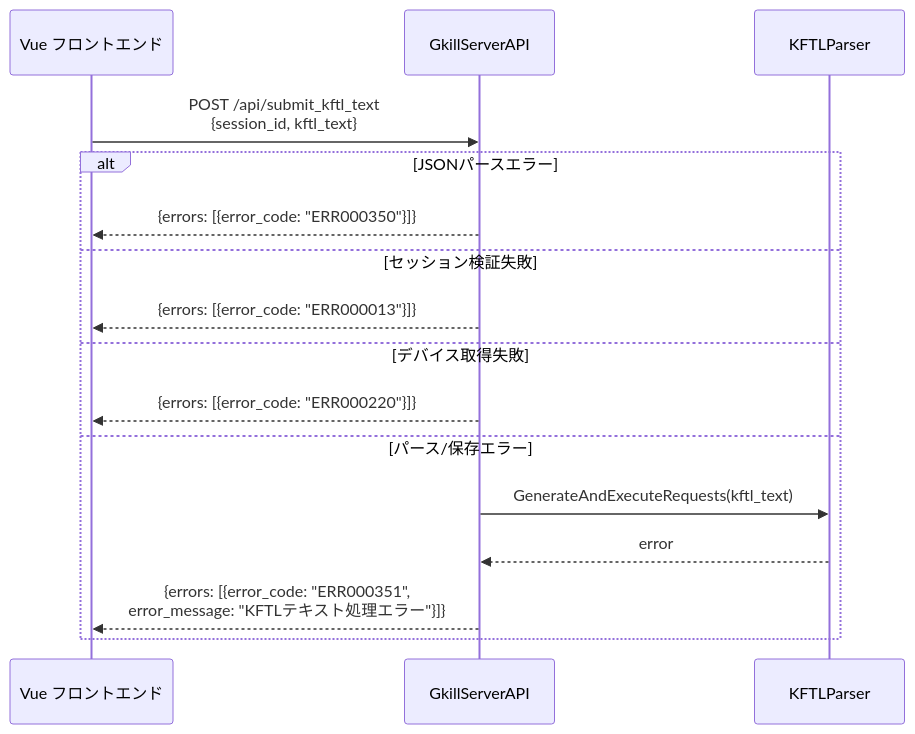
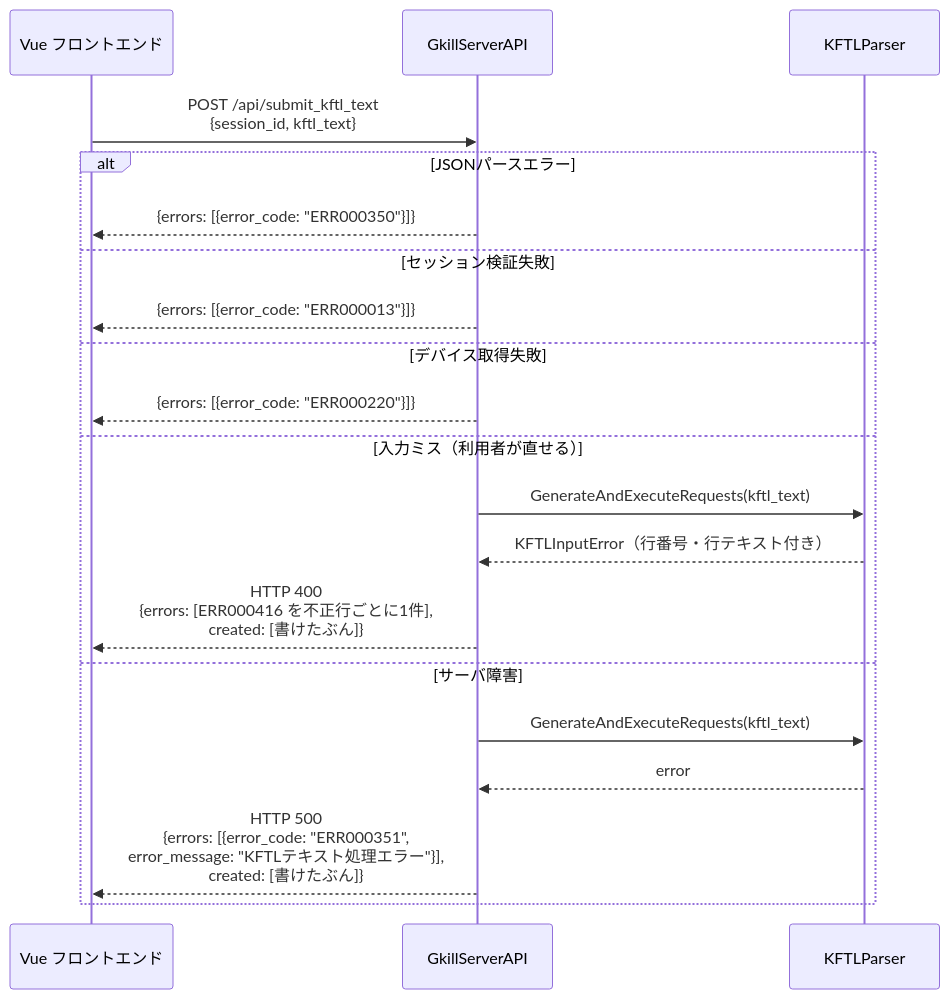
One commit to mt3hr/gkill changed diagram 29 of 29 in documents/reverse/sequence-diagrams.md. Above: the diagram before and after it, drawn with Mermaid. The commit also changed other lines of this file and 33 other files, not shown here.

````diff
--- a/documents/reverse/sequence-diagrams.md
+++ b/documents/reverse/sequence-diagrams.md
@@ -1014,20 +1028,24 @@
 ```mermaid
 sequenceDiagram
     participant UI as Vue フロントエンド
     participant API as GkillServerAPI
     participant KFTL as KFTLParser
 
     UI->>API: POST /api/submit_kftl_text<br>{session_id, kftl_text}
 
     alt JSONパースエラー
         API-->>UI: {errors: [{error_code: "ERR000350"}]}
     else セッション検証失敗
         API-->>UI: {errors: [{error_code: "ERR000013"}]}
     else デバイス取得失敗
         API-->>UI: {errors: [{error_code: "ERR000220"}]}
-    else パース/保存エラー
+    else 入力ミス（利用者が直せる）
+        API->>KFTL: GenerateAndExecuteRequests(kftl_text)
+        KFTL-->>API: KFTLInputError（行番号・行テキスト付き）
+        API-->>UI: HTTP 400<br>{errors: [ERR000416 を不正行ごとに1件],<br>created: [書けたぶん]}
+    else サーバ障害
         API->>KFTL: GenerateAndExecuteRequests(kftl_text)
         KFTL-->>API: error
-        API-->>UI: {errors: [{error_code: "ERR000351",<br>error_message: "KFTLテキスト処理エラー"}]}
+        API-->>UI: HTTP 500<br>{errors: [{error_code: "ERR000351",<br>error_message: "KFTLテキスト処理エラー"}],<br>created: [書けたぶん]}
     end
 ```
````
